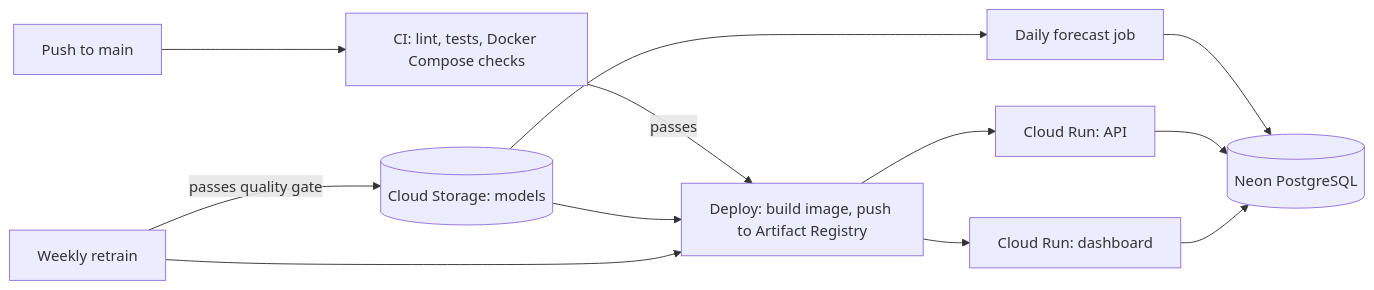
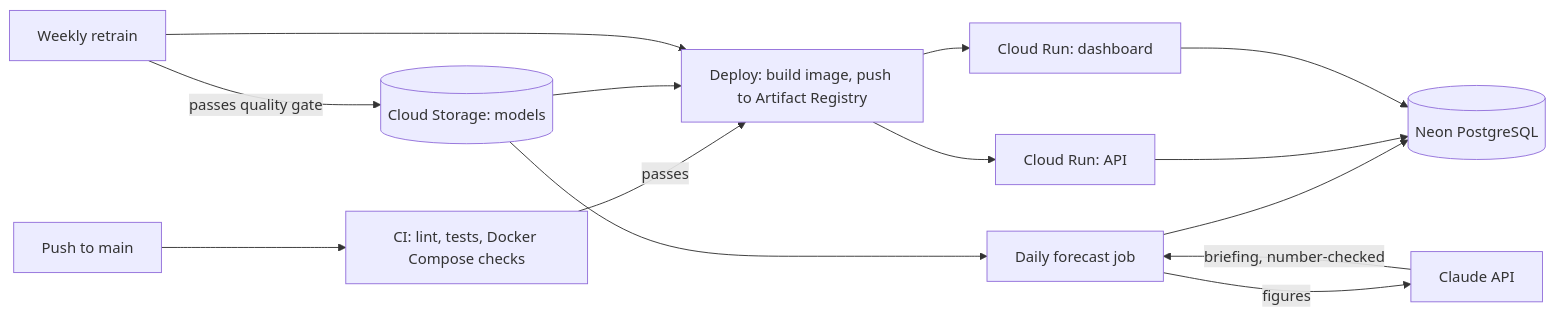
One commit to osamasibair/Electricity-Market-Forecasting-End-to-End-ML-Pipeline changed the diagram in README.md. Above: the diagram before and after it, drawn with Mermaid. The commit also changed other lines of this file, not shown here.

````diff
--- a/README.md
+++ b/README.md
@@ -222,14 +225,16 @@
 ```mermaid
 flowchart LR
     push["Push to main"] --> ci["CI: lint, tests, Docker Compose checks"]
     ci -->|passes| deploy["Deploy: build image, push to Artifact Registry"]
     bucket[("Cloud Storage: models")] --> deploy
     deploy --> api["Cloud Run: API"]
     deploy --> dash["Cloud Run: dashboard"]
     retrain["Weekly retrain"] -->|passes quality gate| bucket
     retrain --> deploy
     bucket --> daily["Daily forecast job"]
+    daily -->|figures| claude["Claude API"]
+    claude -->|briefing, number-checked| daily
     daily --> db[("Neon PostgreSQL")]
     api --> db
     dash --> db
 ```
````
